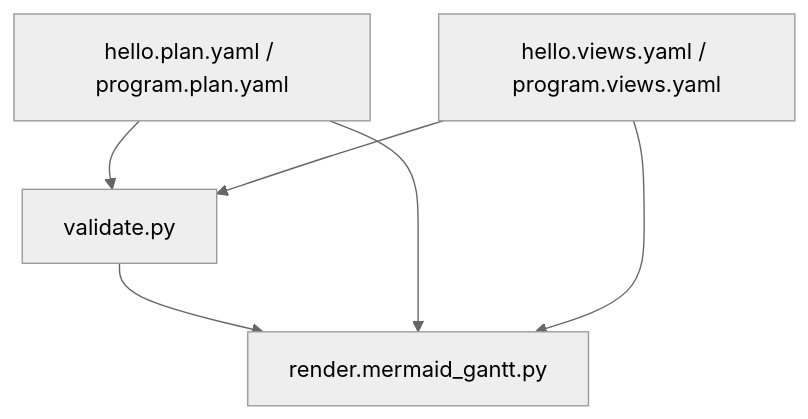
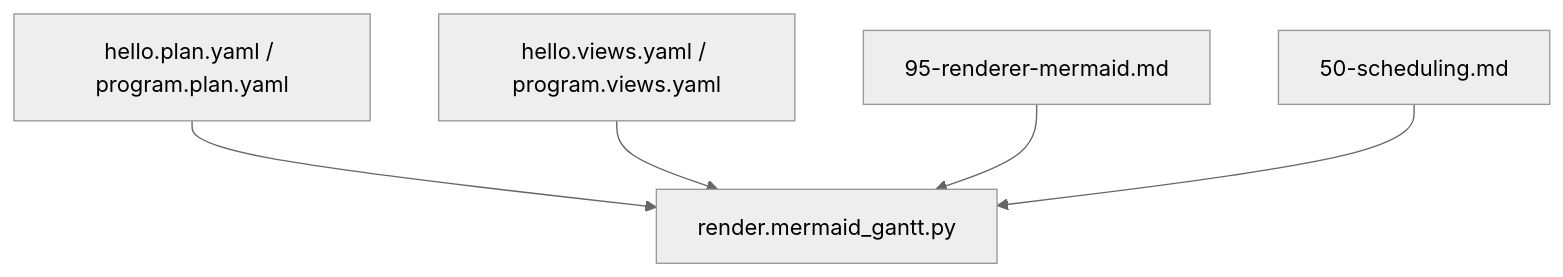
The ninth of 9 diagrams in .qoder/repowiki/en/content/Tooling and Utilities/Rendering Engine.md (asukhodko/opskarta), drawn with Mermaid (neutral theme) before and after one commit. The commit also changed other lines of this file and 6 other files, not shown here.

````diff
--- a/.qoder/repowiki/en/content/Tooling and Utilities/Rendering Engine.md
+++ b/.qoder/repowiki/en/content/Tooling and Utilities/Rendering Engine.md
@@ -429,12 +421,12 @@
 ```mermaid
 graph TB
 PLAN["hello.plan.yaml / program.plan.yaml"]
 VIEWS["hello.views.yaml / program.views.yaml"]
-VALID["validate.py"]
 RENDER["render.mermaid_gantt.py"]
-PLAN --> VALID
-VIEWS --> VALID
-VALID --> RENDER
+SPEC["95-renderer-mermaid.md"]
+SCHED["50-scheduling.md"]
 PLAN --> RENDER
 VIEWS --> RENDER
+SPEC --> RENDER
+SCHED --> RENDER
 ```
````
